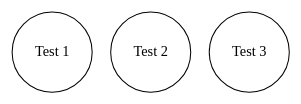
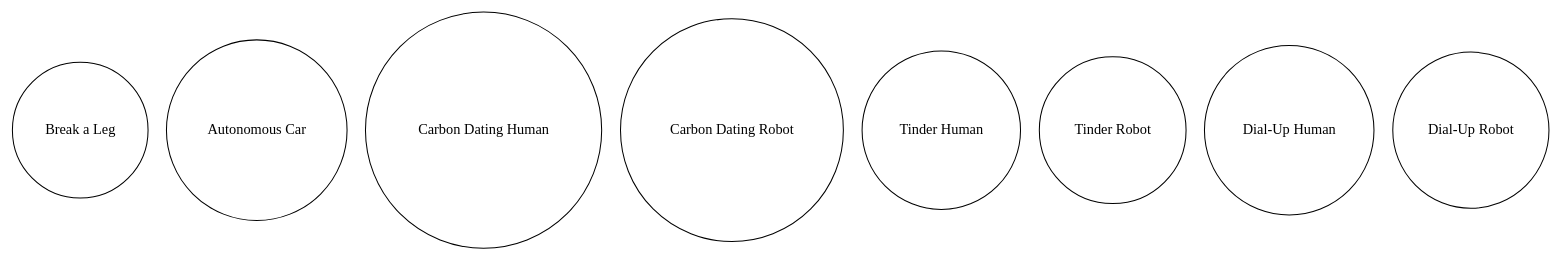
One commit to shinga/Making-an-Effective-Robot-Comedian changed the diagram in NAO/talikk/current/AI/unconnectedJokes.gv. Above: the diagram before and after it, drawn with Graphviz. The commit also changed 11 other files, not shown here.

```diff
--- a/NAO/talikk/current/AI/unconnectedJokes.gv
+++ b/NAO/talikk/current/AI/unconnectedJokes.gv
@@ -1,6 +1,19 @@
 digraph "Unconnected Jokes" {
 	node [shape=circle]
-	"Test 1"
-	"Test 2"
-	"Test 3"
+	"Break a Leg
+"
+	"Autonomous Car
+"
+	"Carbon Dating Human
+"
+	"Carbon Dating Robot
+"
+	"Tinder Human
+"
+	"Tinder Robot
+"
+	"Dial-Up Human
+"
+	"Dial-Up Robot
+"
 }
```
